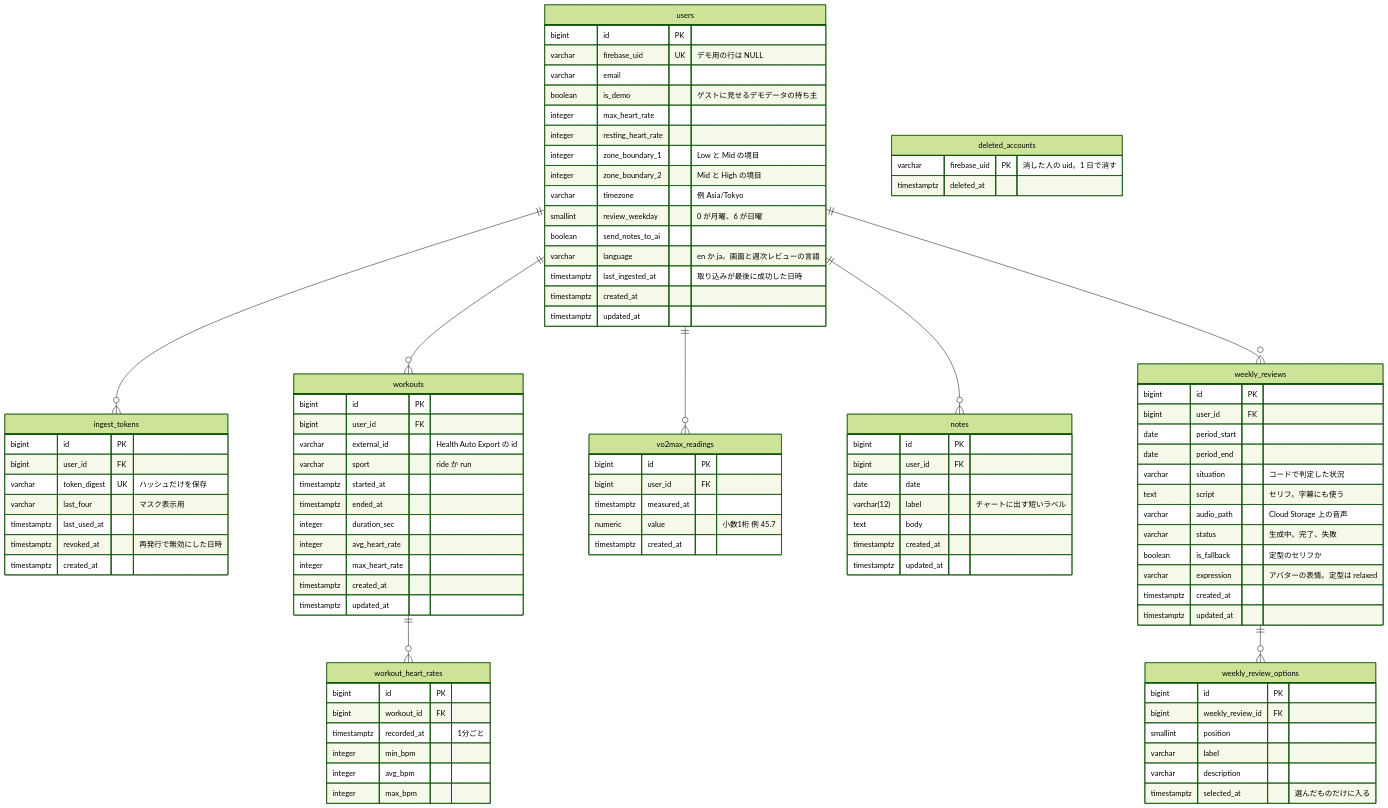
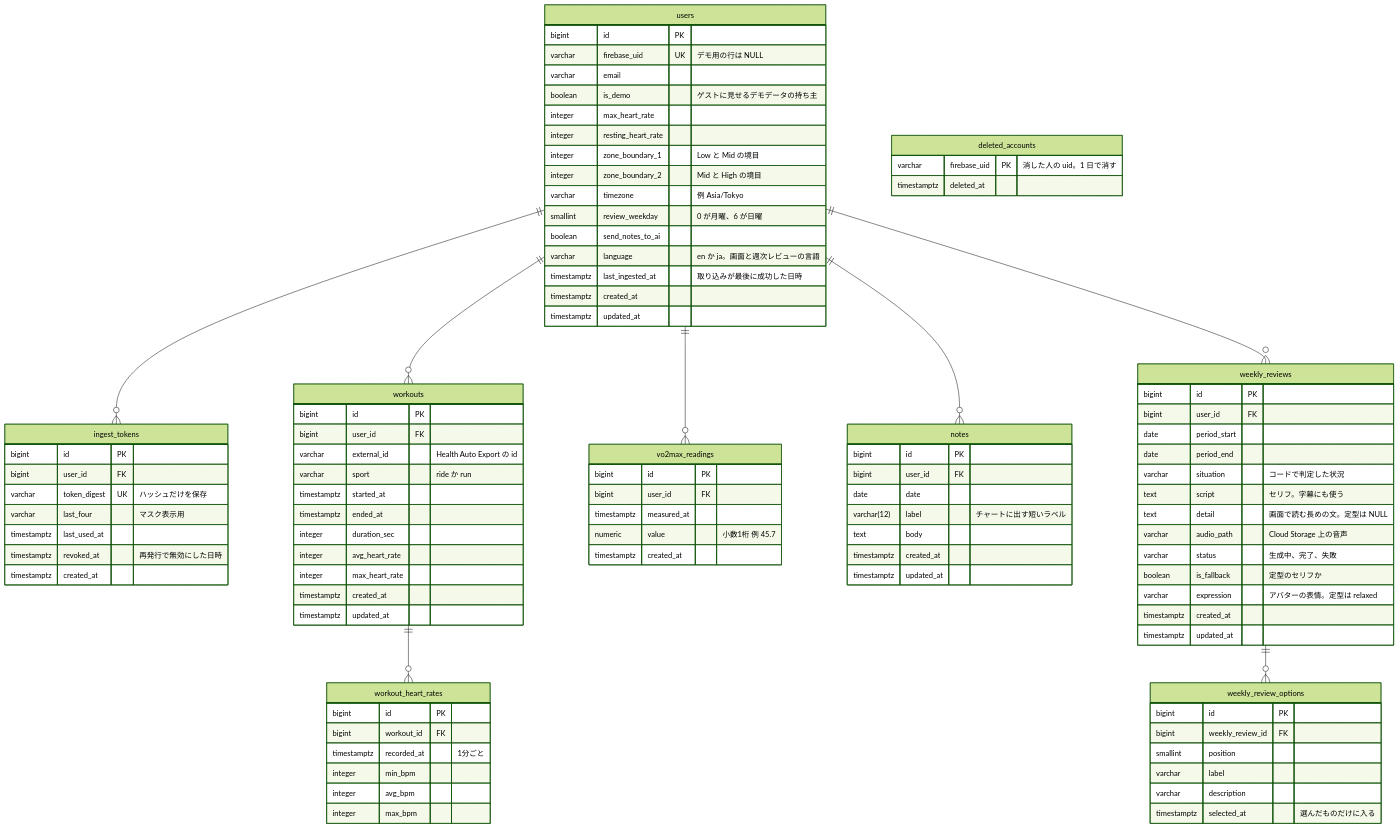
One commit to d-station-grid/loadline changed the diagram in docs/er-diagram.md. Above: the diagram before and after it, drawn with Mermaid (forest theme). The commit also changed 20 other files, not shown here.

```diff
--- a/docs/er-diagram.md
+++ b/docs/er-diagram.md
@@ -85,6 +85,7 @@
     date period_end
     varchar situation "コードで判定した状況"
     text script "セリフ。字幕にも使う"
+    text detail "画面で読む長めの文。定型は NULL"
     varchar audio_path "Cloud Storage 上の音声"
     varchar status "生成中、完了、失敗"
     boolean is_fallback "定型のセリフか"
```
